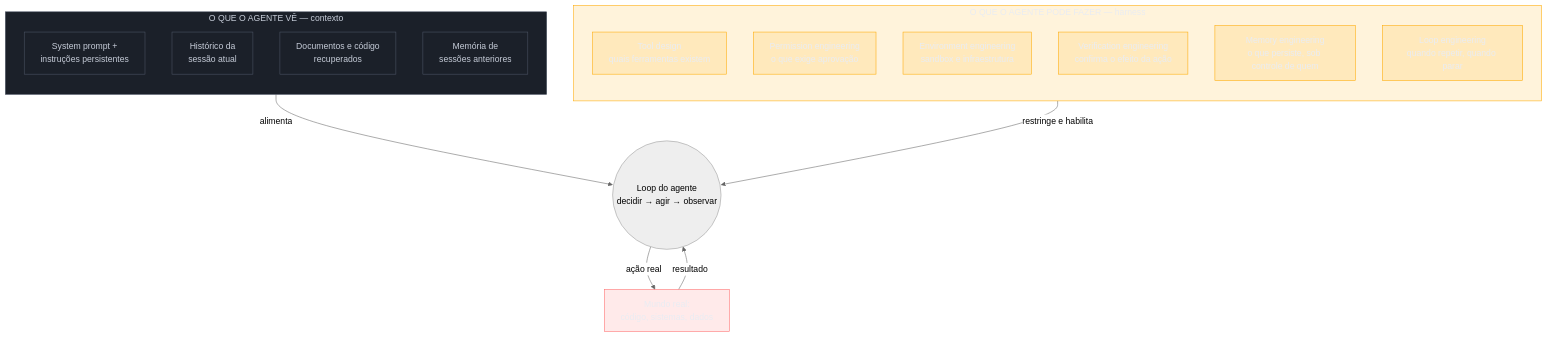
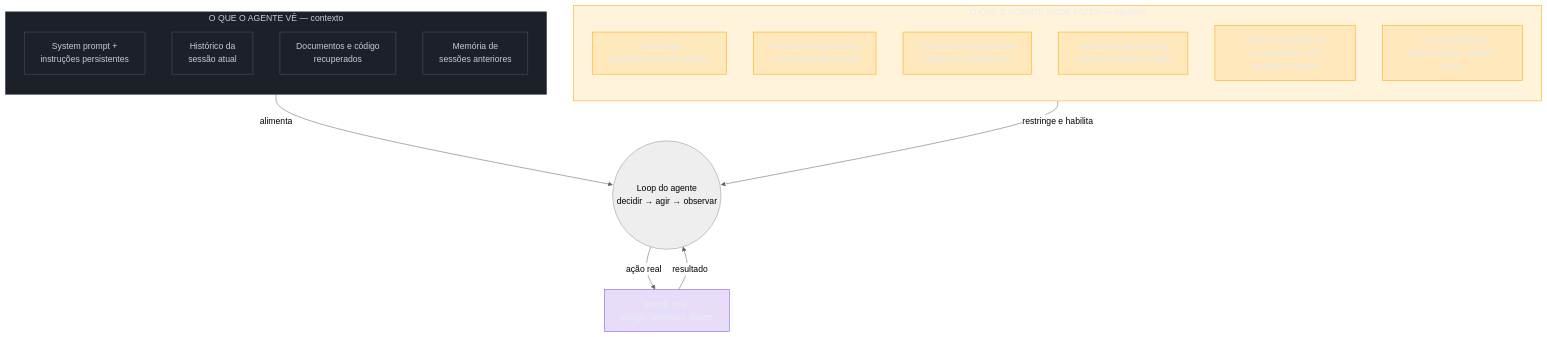
Before and after one commit to josenaldo/codex-technomanticus: the diagram in 03-Dominios/Tecnologia/IA/Evolução da Engenharia de IA/04 - Context e harness — o ambiente vira o produto.md, drawn with Mermaid (neutral theme). The commit also changed 601 other files, not shown here.

````diff
--- a/03-Dominios/Tecnologia/IA/Evolução da Engenharia de IA/04 - Context e harness — o ambiente vira o produto.md
+++ b/03-Dominios/Tecnologia/IA/Evolução da Engenharia de IA/04 - Context e harness — o ambiente vira o produto.md
@@ -124,42 +124,42 @@
 ```mermaid
 flowchart TB
+    classDef marca fill:#8855DF33,stroke:#8855DF,color:#E9ECF2
     classDef neutro fill:#1B2029,stroke:#4E5666,color:#C6CCD8
     classDef destaque fill:#FFAA0024,stroke:#FFAA00,color:#E9ECF2
-    classDef falha fill:#FF6B6B24,stroke:#FF6B6B,color:#E9ECF2
     subgraph CTX["O QUE O AGENTE VÊ — contexto"]
         direction TB
         C1["System prompt +<br/>instruções persistentes"]
         C2["Histórico da<br/>sessão atual"]
         C3["Documentos e código<br/>recuperados"]
         C4["Memória de<br/>sessões anteriores"]
     end
 
     subgraph HARN["O QUE O AGENTE PODE FAZER — harness"]
         direction TB
         H1["Tool design<br/>quais ferramentas existem"]
         H2["Permission engineering<br/>o que exige aprovação"]
         H3["Environment engineering<br/>sandbox e infraestrutura"]
         H4["Verification engineering<br/>confirma o efeito da ação"]
         H5["Memory engineering<br/>o que persiste, sob controle de quem"]
         H6["Loop engineering<br/>quando repetir, quando parar"]
     end
 
     CTX -->|alimenta| LOOP(("Loop do agente<br/>decidir → agir → observar"))
     HARN -->|restringe e habilita| LOOP
     LOOP -->|ação real| MUNDO["Mundo real:<br/>código, sistemas, dados"]
     MUNDO -->|resultado| LOOP
 
     class CTX neutro
     class C1 neutro
     class C2 neutro
     class C3 neutro
     class C4 neutro
     class HARN destaque
     class H1 destaque
     class H2 destaque
     class H3 destaque
     class H4 destaque
     class H5 destaque
     class H6 destaque
-    class MUNDO falha
+    class MUNDO marca
 ```
````
